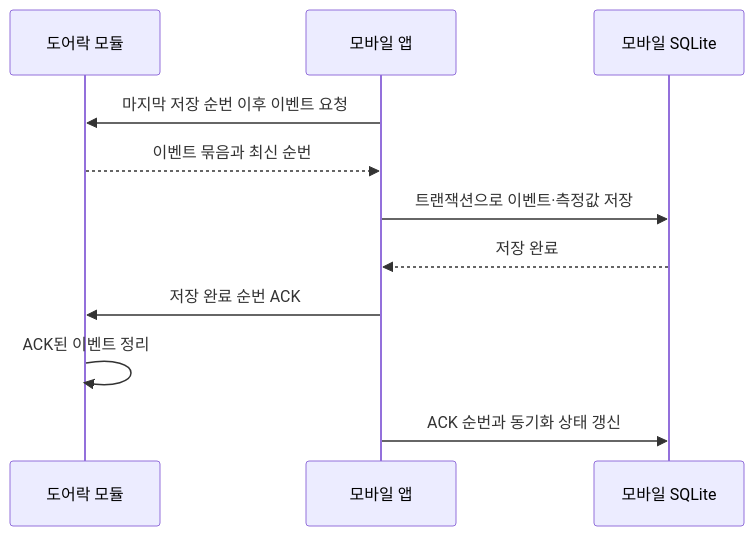
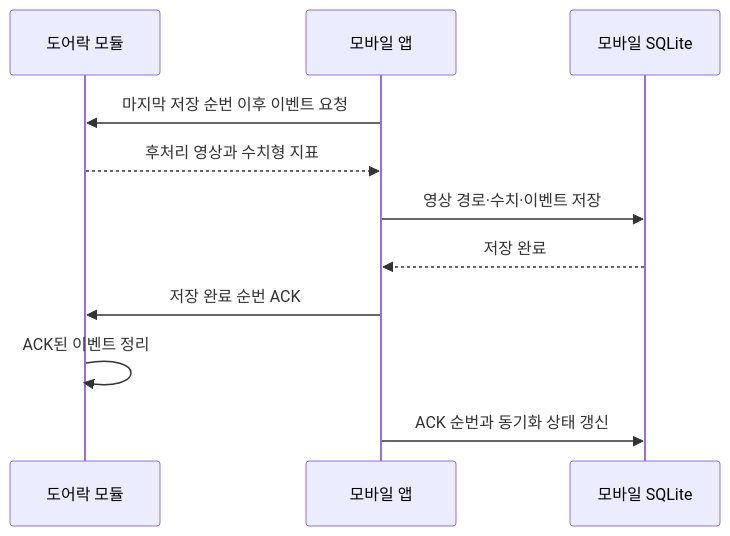
The diagram in docs/module-sync.md (Uree1229/Risk-ZERO), drawn with Mermaid before and after one commit. The commit also changed other lines of this file and 16 other files, not shown here.

````diff
--- a/docs/module-sync.md
+++ b/docs/module-sync.md
@@ -13,14 +25,14 @@
 ```mermaid
 sequenceDiagram
     participant M as 도어락 모듈
     participant A as 모바일 앱
     participant D as 모바일 SQLite
 
     A->>M: 마지막 저장 순번 이후 이벤트 요청
-    M-->>A: 이벤트 묶음과 최신 순번
-    A->>D: 트랜잭션으로 이벤트·측정값 저장
+    M-->>A: 후처리 영상과 수치형 지표
+    A->>D: 영상 경로·수치·이벤트 저장
     D-->>A: 저장 완료
     A->>M: 저장 완료 순번 ACK
     M->>M: ACK된 이벤트 정리
     A->>D: ACK 순번과 동기화 상태 갱신
 ```
````
